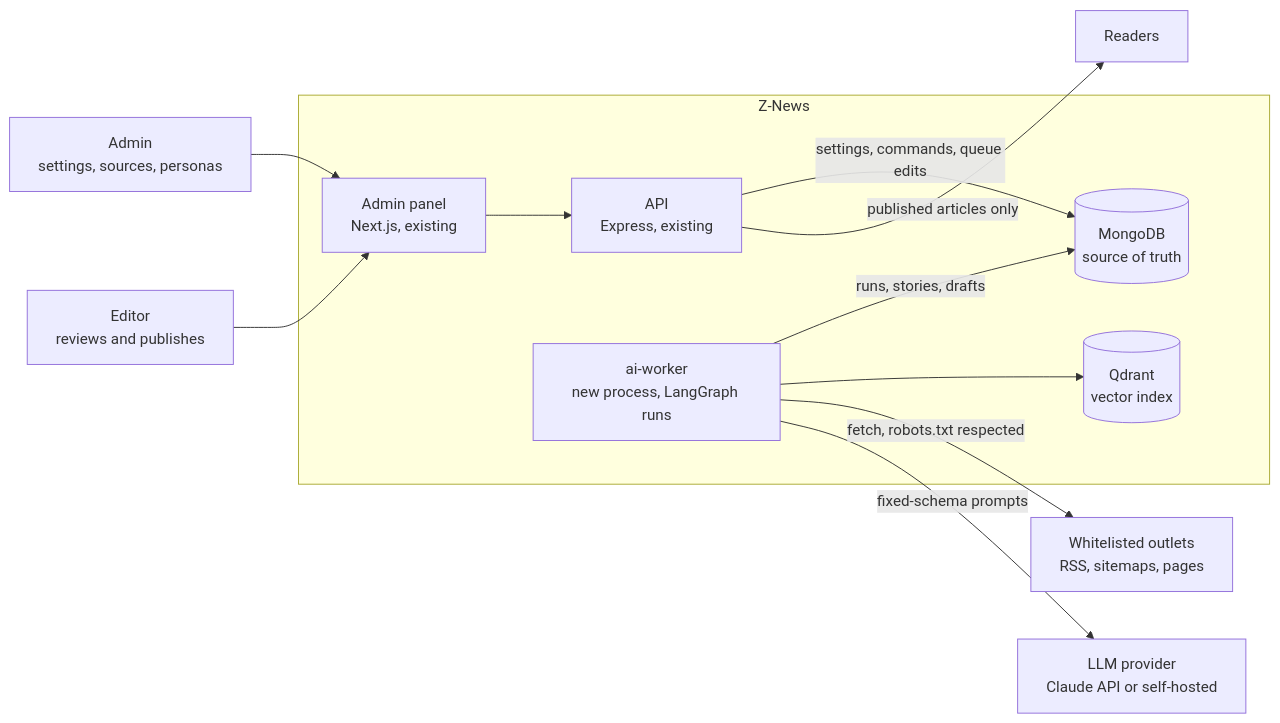
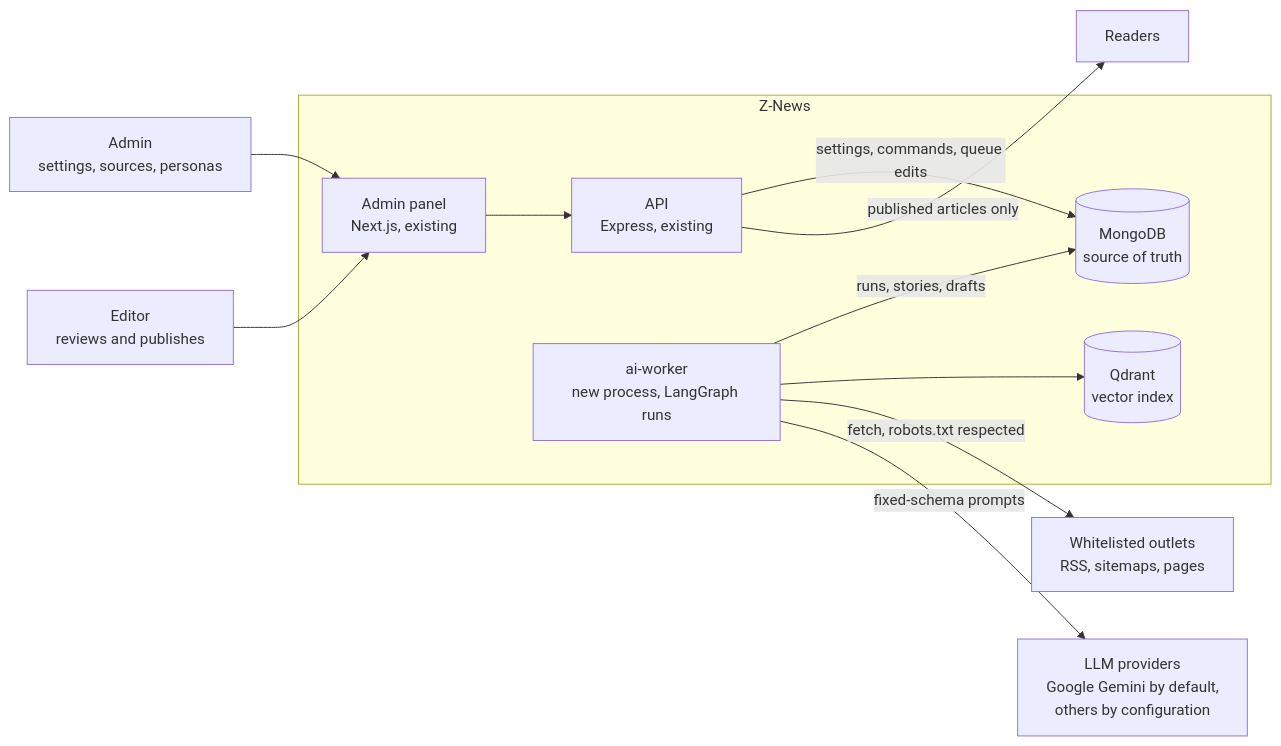
One commit to foysalahmedmin/z-news changed the first of 20 diagrams in docs/ai-news-automation-plan.md. Above: the diagram before and after it, drawn with Mermaid. The commit also changed other lines of this file, not shown here.

Commit message:
docs: continue Gemini model update in AI news automation plan

````diff
--- a/docs/ai-news-automation-plan.md
+++ b/docs/ai-news-automation-plan.md
@@ -41,24 +41,24 @@
 ```mermaid
 flowchart LR
     ADMIN["Admin<br/>settings, sources, personas"]
     EDITOR["Editor<br/>reviews and publishes"]
     OUTLETS["Whitelisted outlets<br/>RSS, sitemaps, pages"]
-    LLM["LLM provider<br/>Claude API or self-hosted"]
+    LLM["LLM providers<br/>Google Gemini by default,<br/>others by configuration"]
     READERS["Readers"]
     subgraph ZN["Z-News"]
         PANEL["Admin panel<br/>Next.js, existing"]
         API["API<br/>Express, existing"]
         WORKER["ai-worker<br/>new process, LangGraph runs"]
         DB[("MongoDB<br/>source of truth")]
         VDB[("Qdrant<br/>vector index")]
     end
     ADMIN --> PANEL
     EDITOR --> PANEL
     PANEL --> API
     API -->|"settings, commands, queue edits"| DB
     WORKER -->|"runs, stories, drafts"| DB
     WORKER --> VDB
     WORKER -->|"fetch, robots.txt respected"| OUTLETS
     WORKER -->|"fixed-schema prompts"| LLM
     API -->|"published articles only"| READERS
 ```
````
